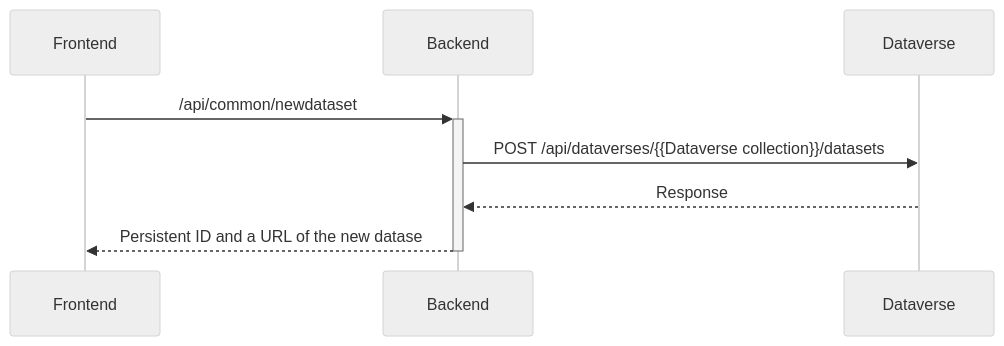
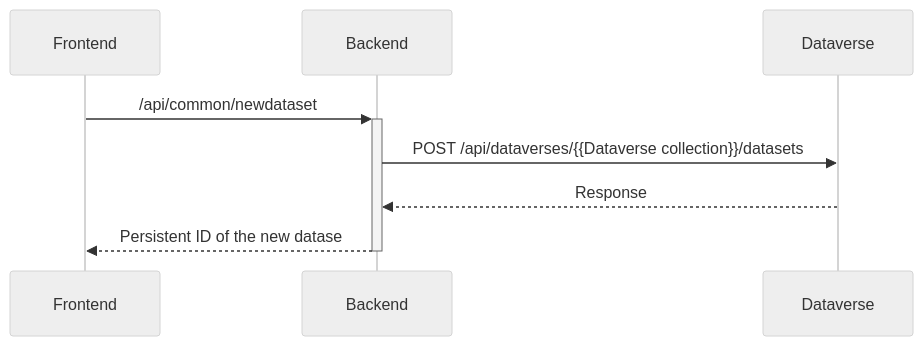
Before and after one commit to libis/rdm-integration: the fourth of 5 diagrams in README.md, drawn with Mermaid (neutral theme).

````diff
--- a/README.md
+++ b/README.md
@@ -80,7 +80,7 @@
 ```mermaid
 sequenceDiagram
     Frontend->>+Backend: /api/common/newdataset
     Backend->>Dataverse: POST /api/dataverses/{{Dataverse collection}}/datasets
     Dataverse-->>Backend: Response
-    Backend-->>-Frontend: Persistent ID and a URL of the new datase
+    Backend-->>-Frontend: Persistent ID of the new datase
 ```
````
